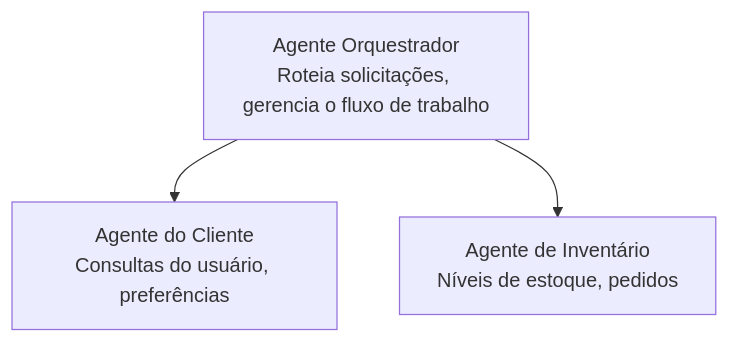
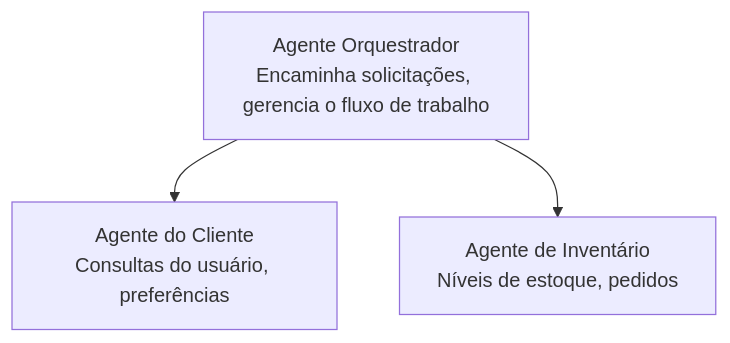
Before and after one commit to microsoft/AZD-for-beginners: the diagram in translations/pt-BR/docs/chapter-05-multi-agent/README.md, drawn with Mermaid. The commit also changed other lines of this file and 101 other files, not shown here.

````diff
--- a/translations/pt-BR/docs/chapter-05-multi-agent/README.md
+++ b/translations/pt-BR/docs/chapter-05-multi-agent/README.md
@@ -50,5 +52,5 @@
 ```mermaid
 graph TD
-    Orchestrator[Agente Orquestrador<br/>Roteia solicitações, gerencia o fluxo de trabalho] --> Customer[Agente do Cliente<br/>Consultas do usuário, preferências]
+    Orchestrator[Agente Orquestrador<br/>Encaminha solicitações, gerencia o fluxo de trabalho] --> Customer[Agente do Cliente<br/>Consultas do usuário, preferências]
     Orchestrator --> Inventory[Agente de Inventário<br/>Níveis de estoque, pedidos]
 ```
````
